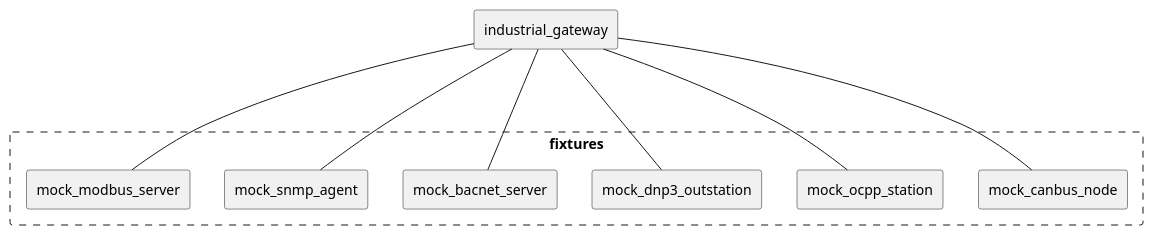
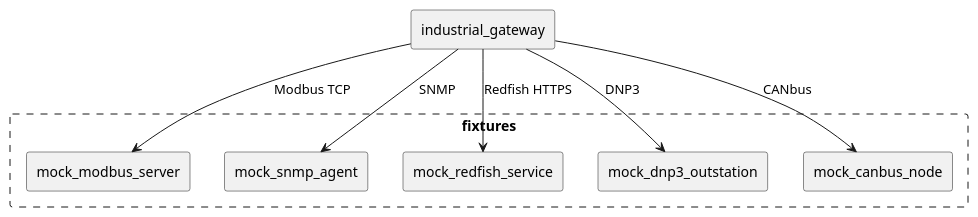
One commit to arcnode-io/ems-industrial-fixtures changed the diagram in readme.md. Above: the diagram before and after it, drawn with PlantUML. The commit also changed other lines of this file and 9 other files, not shown here.

````diff
--- a/readme.md
+++ b/readme.md
@@ -15,18 +14,16 @@
 ```plantuml
 rectangle industrial_gateway
 rectangle fixtures #line.dashed {
   rectangle mock_modbus_server
   rectangle mock_snmp_agent
-  rectangle mock_bacnet_server
+  rectangle mock_redfish_service
   rectangle mock_dnp3_outstation
-  rectangle mock_ocpp_station
   rectangle mock_canbus_node
 }
 
-industrial_gateway --- mock_modbus_server
-industrial_gateway -- mock_snmp_agent
-industrial_gateway -- mock_bacnet_server
-industrial_gateway -- mock_dnp3_outstation
-industrial_gateway -- mock_ocpp_station
-industrial_gateway -- mock_canbus_node
+industrial_gateway --> mock_modbus_server: Modbus TCP
+industrial_gateway --> mock_snmp_agent: SNMP
+industrial_gateway --> mock_redfish_service: Redfish HTTPS
+industrial_gateway --> mock_dnp3_outstation: DNP3
+industrial_gateway --> mock_canbus_node: CANbus
 ```
````
